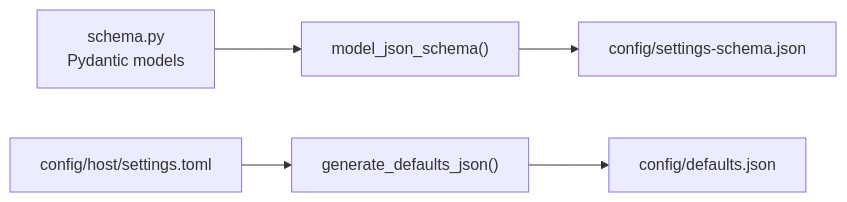
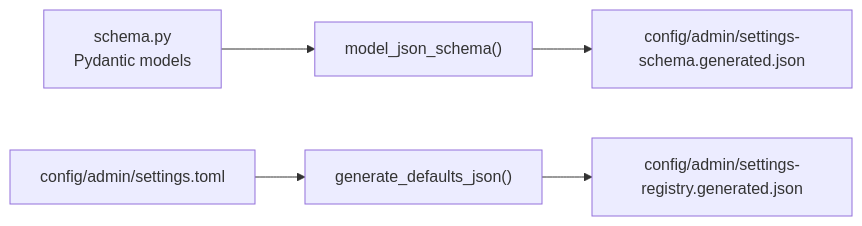
Before and after one commit to google/capsem: the second of 4 diagrams in docs/src/content/docs/architecture/settings-schema.md, drawn with Mermaid. The commit also changed other lines of this file and 110 other files, not shown here.

````diff
--- a/docs/src/content/docs/architecture/settings-schema.md
+++ b/docs/src/content/docs/architecture/settings-schema.md
@@ -166,7 +166,7 @@
 ```mermaid
 flowchart LR
     PM["schema.py\nPydantic models"] --> MSJ["model_json_schema()"]
-    MSJ --> SCH["config/settings-schema.json"]
-    GC["config/host/settings.toml"] --> GD["generate_defaults_json()"]
-    GD --> DEF["config/defaults.json"]
+    MSJ --> SCH["config/admin/settings-schema.generated.json"]
+    GC["config/admin/settings.toml"] --> GD["generate_defaults_json()"]
+    GD --> DEF["config/admin/settings-registry.generated.json"]
 ```
````
